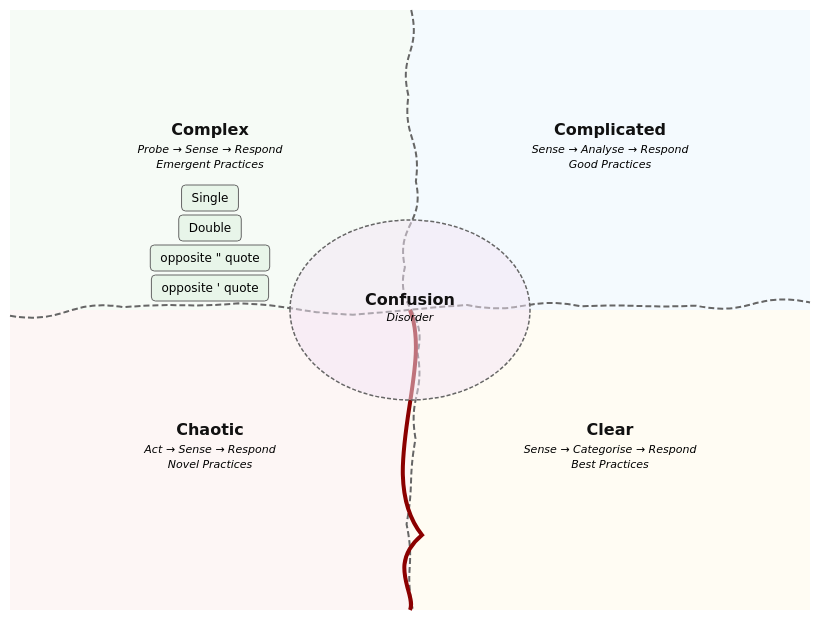
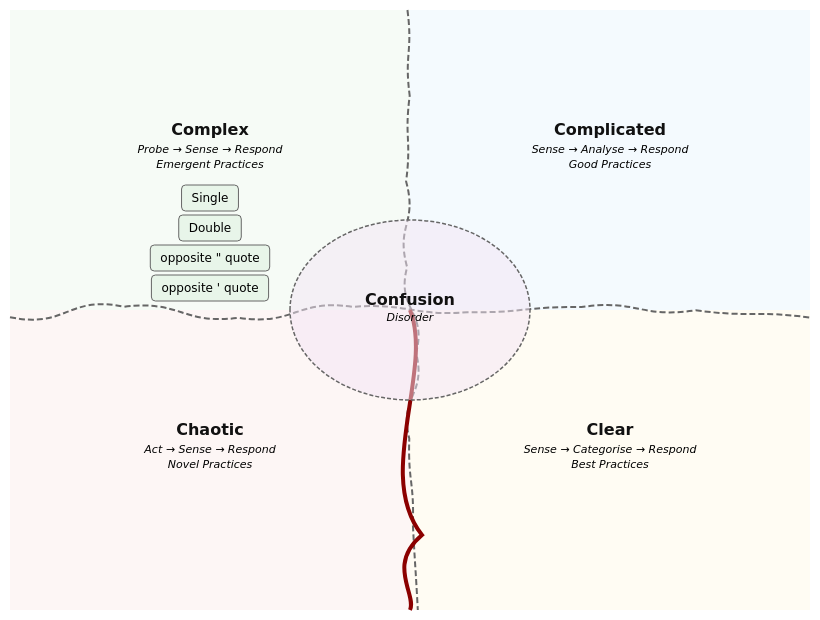
Before and after one commit to mmd-toolkit/mmd-toolkit: the eighth of 28 diagrams in packages/prettier-plugin-mmd/docs/cynefin.ja.md, drawn with Mermaid (neutral theme). The commit also changed other lines of this file and 2180 other files, not shown here.

First line of the commit message:
Print whitespace and spellings that mermaid.js draws the same in one form (#68)

````diff
--- a/packages/prettier-plugin-mmd/docs/cynefin.ja.md
+++ b/packages/prettier-plugin-mmd/docs/cynefin.ja.md
@@ -317,8 +333,8 @@
 ```mmd
 cynefin-beta
   complex
-    'Single'
+    "Single"
     "Double"
     'opposite " quote'
     "opposite ' quote"
 ```
````
